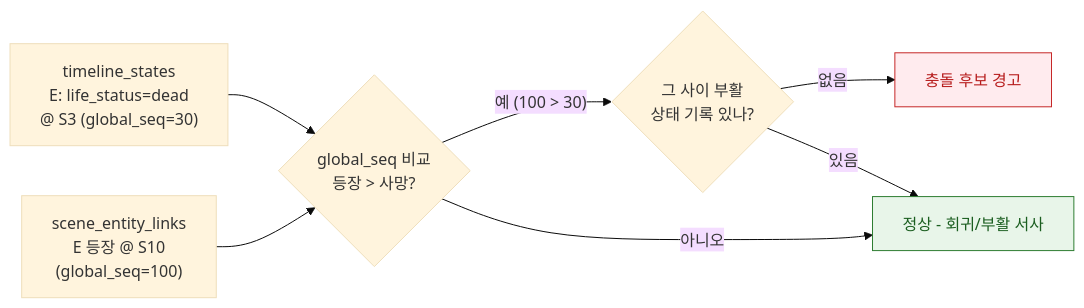
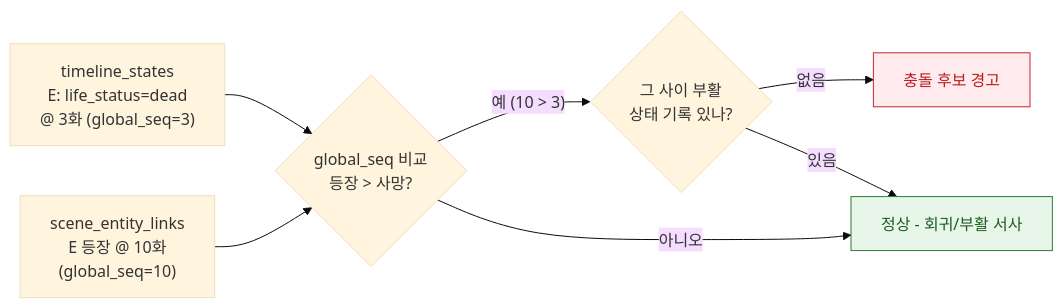
One commit to gyuha/story-weaver changed the second of 3 diagrams in docs/data-model.md. Above: the diagram before and after it, drawn with Mermaid (base theme). The commit also changed other lines of this file and 115 other files, not shown here.

````diff
--- a/docs/data-model.md
+++ b/docs/data-model.md
@@ -344,14 +338,14 @@
 ```mermaid
 flowchart LR
-    D["timeline_states<br/>E: life_status=dead<br/>@ S3 (global_seq=30)"] --> CMP{global_seq 비교<br/>등장 > 사망?}
-    A["scene_entity_links<br/>E 등장 @ S10<br/>(global_seq=100)"] --> CMP
-    CMP -- "예 (100 > 30)" --> REV{그 사이 부활<br/>상태 기록 있나?}
+    D["timeline_states<br/>E: life_status=dead<br/>@ 3화 (global_seq=3)"] --> CMP{global_seq 비교<br/>등장 > 사망?}
+    A["scene_entity_links<br/>E 등장 @ 10화<br/>(global_seq=10)"] --> CMP
+    CMP -- "예 (10 > 3)" --> REV{그 사이 부활<br/>상태 기록 있나?}
     REV -- 없음 --> CONFLICT[충돌 후보 경고]
     REV -- 있음 --> OK[정상 - 회귀/부활 서사]
     CMP -- 아니오 --> OK
 
     classDef bad fill:#ffebee,stroke:#c62828,color:#b71c1c;
     classDef good fill:#e8f5e9,stroke:#2e7d32,color:#1b5e20;
     class CONFLICT bad;
     class OK good;
 ```
````
